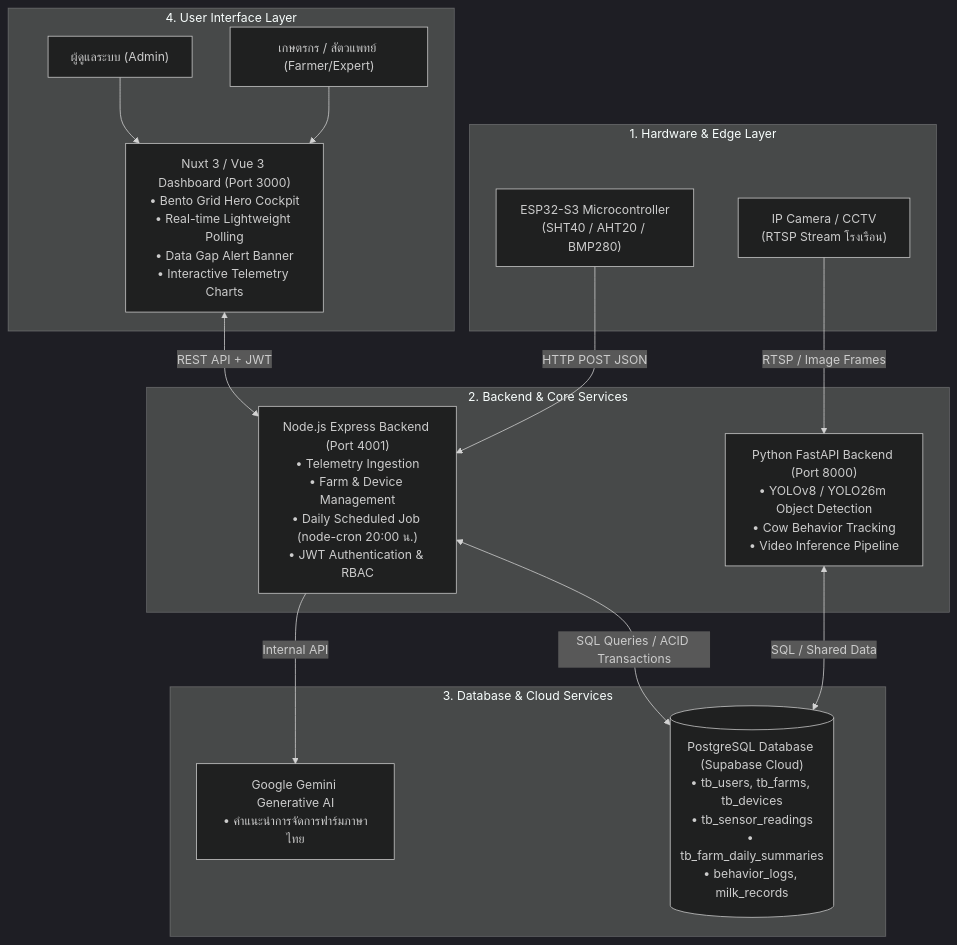
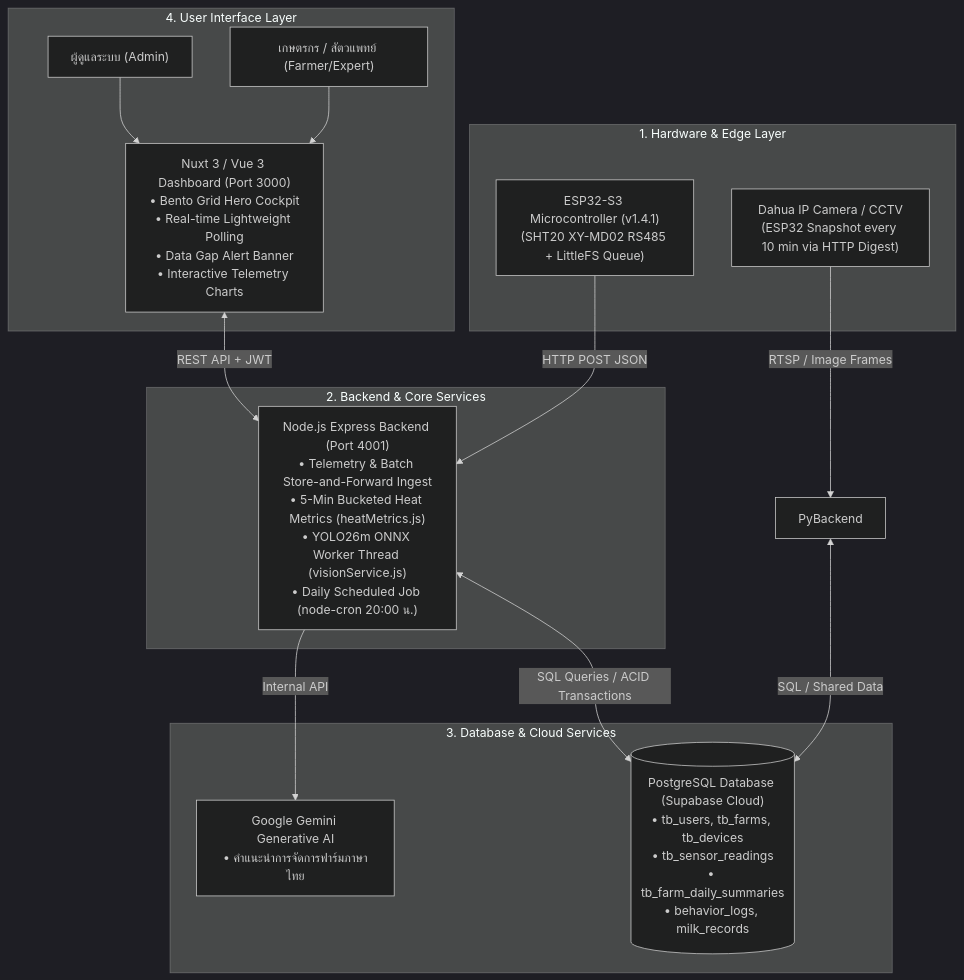
Before and after one commit to peetph22-ship-it/Cow_detect: the first of 2 diagrams in PROJECT_OVERVIEW.md, drawn with Mermaid (dark theme). The commit also changed other lines of this file and 19 other files, not shown here.

````diff
--- a/PROJECT_OVERVIEW.md
+++ b/PROJECT_OVERVIEW.md
@@ -35,31 +35,30 @@
 ```mermaid
 flowchart TD
     subgraph EdgeHardware["1. Hardware & Edge Layer"]
-        IoT["ESP32-S3 Microcontroller<br/>(SHT40 / AHT20 / BMP280)"]
-        CAM["IP Camera / CCTV<br/>(RTSP Stream โรงเรือน)"]
+        IoT["ESP32-S3 Microcontroller (v1.4.1)<br/>(SHT20 XY-MD02 RS485 + LittleFS Queue)"]
+        CAM["Dahua IP Camera / CCTV<br/>(ESP32 Snapshot every 10 min via HTTP Digest)"]
     end
 
     subgraph BackendServices["2. Backend & Core Services"]
-        NodeServer["Node.js Express Backend (Port 4001)<br/>• Telemetry Ingestion<br/>• Farm & Device Management<br/>• Daily Scheduled Job (node-cron 20:00 น.)<br/>• JWT Authentication & RBAC"]
-        PyBackend["Python FastAPI Backend (Port 8000)<br/>• YOLOv8 / YOLO26m Object Detection<br/>• Cow Behavior Tracking<br/>• Video Inference Pipeline"]
+        NodeServer["Node.js Express Backend (Port 4001)<br/>• Telemetry & Batch Store-and-Forward Ingest<br/>• 5-Min Bucketed Heat Metrics (heatMetrics.js)<br/>• YOLO26m ONNX Worker Thread (visionService.js)<br/>• Daily Scheduled Job (node-cron 20:00 น.)"]
     end
 
     subgraph DataStorage["3. Database & Cloud Services"]
         SupabaseDB[("PostgreSQL Database (Supabase Cloud)<br/>• tb_users, tb_farms, tb_devices<br/>• tb_sensor_readings<br/>• tb_farm_daily_summaries<br/>• behavior_logs, milk_records")]
         GeminiAI["Google Gemini Generative AI<br/>• คำแนะนำการจัดการฟาร์มภาษาไทย"]
     end
 
     subgraph ClientLayer["4. User Interface Layer"]
         NuxtClient["Nuxt 3 / Vue 3 Dashboard (Port 3000)<br/>• Bento Grid Hero Cockpit<br/>• Real-time Lightweight Polling<br/>• Data Gap Alert Banner<br/>• Interactive Telemetry Charts"]
         AdminUser["ผู้ดูแลระบบ (Admin)"]
         FarmerUser["เกษตรกร / สัตวแพทย์ (Farmer/Expert)"]
     end
 
     IoT -->|HTTP POST JSON| NodeServer
     CAM -->|RTSP / Image Frames| PyBackend
     NodeServer <-->|SQL Queries / ACID Transactions| SupabaseDB
     NodeServer -->|Internal API| GeminiAI
     PyBackend <-->|SQL / Shared Data| SupabaseDB
     NuxtClient <-->|REST API + JWT| NodeServer
     AdminUser & FarmerUser --> NuxtClient
 ```
````
